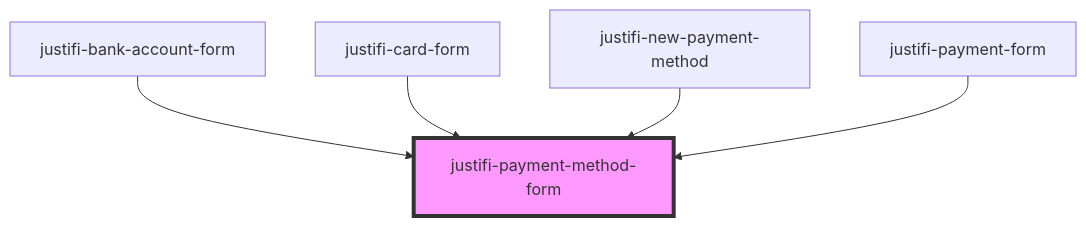
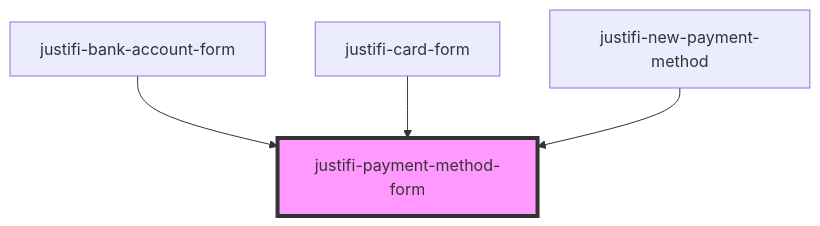
One commit to justifi-tech/web-component-library changed the diagram in packages/webcomponents/src/components/payment-method-form/readme.md. Above: the diagram before and after it, drawn with Mermaid. The commit also changed other lines of this file and 12 other files, not shown here.

Commit message:
Delete Payment Form

````diff
--- a/packages/webcomponents/src/components/payment-method-form/readme.md
+++ b/packages/webcomponents/src/components/payment-method-form/readme.md
@@ -78,8 +77,7 @@
 ```mermaid
 graph TD;
   justifi-bank-account-form --> justifi-payment-method-form
   justifi-card-form --> justifi-payment-method-form
   justifi-new-payment-method --> justifi-payment-method-form
-  justifi-payment-form --> justifi-payment-method-form
   style justifi-payment-method-form fill:#f9f,stroke:#333,stroke-width:4px
 ```
````
